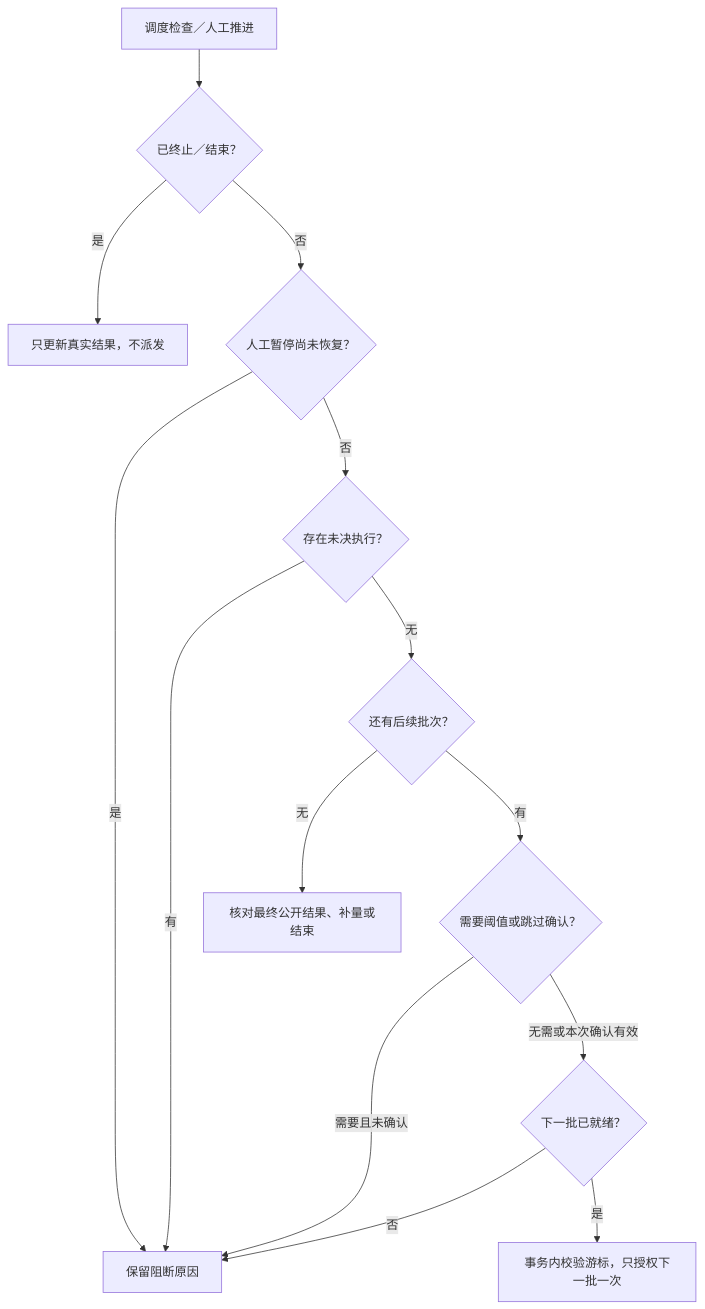
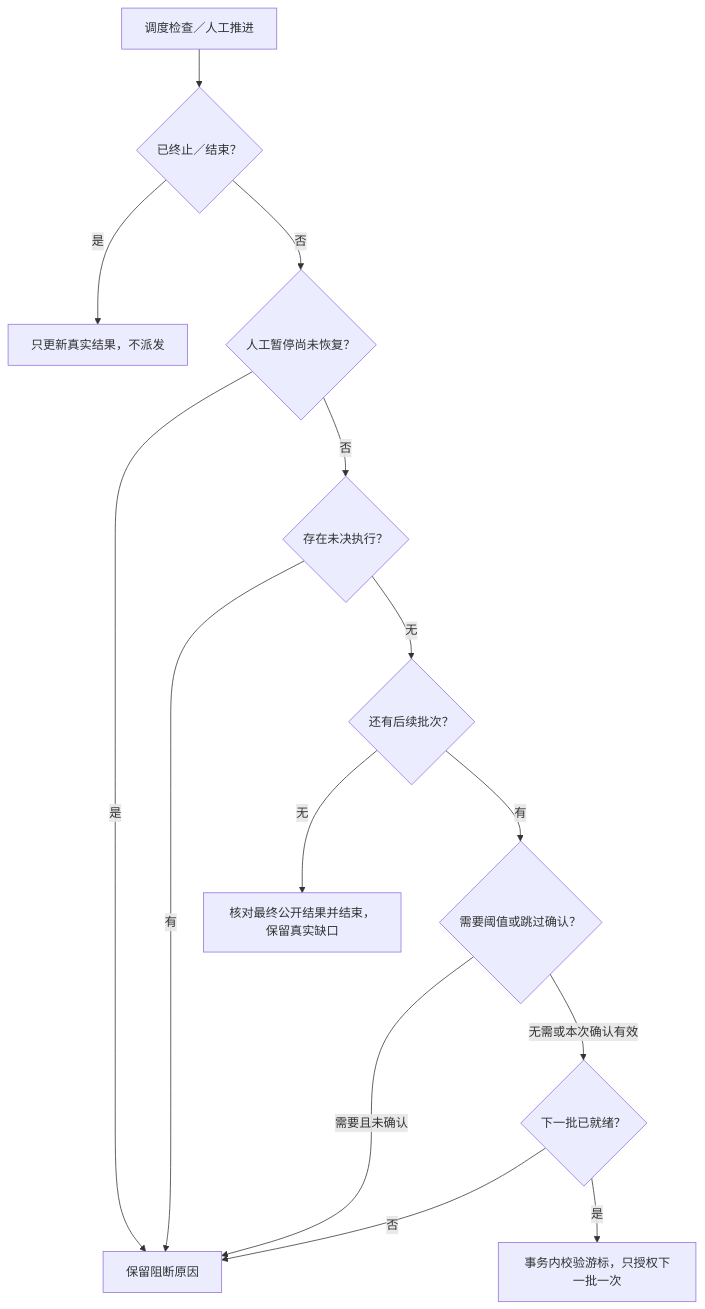
The third of 4 diagrams in docs/engineering/specs/publishing-management.md (piqiu96/wt-media-workspace), drawn with Mermaid before and after one commit. The commit also changed other lines of this file and 32 other files, not shown here.

````diff
--- a/docs/engineering/specs/publishing-management.md
+++ b/docs/engineering/specs/publishing-management.md
@@ -179,16 +156,16 @@
 ```mermaid
 flowchart TD
     A[调度检查／人工推进] --> S{已终止／结束？}
     S -->|是| X[只更新真实结果，不派发]
     S -->|否| M{人工暂停尚未恢复？}
     M -->|是| W[保留阻断原因]
     M -->|否| U{存在未决执行？}
     U -->|有| W
     U -->|无| N{还有后续批次？}
-    N -->|无| E[核对最终公开结果、补量或结束]
+    N -->|无| E[核对最终公开结果并结束，保留真实缺口]
     N -->|有| K{需要阈值或跳过确认？}
     K -->|需要且未确认| W
     K -->|无需或本次确认有效| R{下一批已就绪？}
     R -->|否| W
     R -->|是| T[事务内校验游标，只授权下一批一次]
 ```
````
